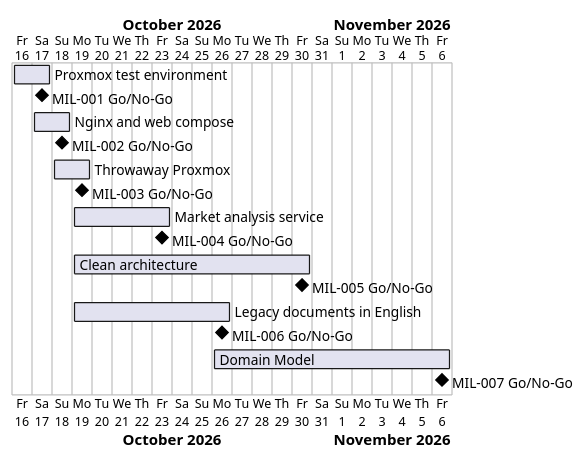
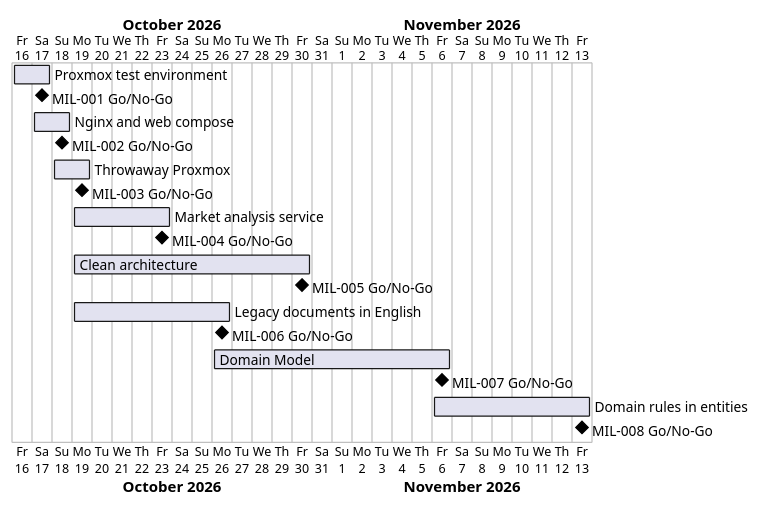
The diagram in docs/project-plan.md (NF-Hotel/NFHotel), drawn with PlantUML before and after one commit. The commit also changed other lines of this file and 6 other files, not shown here.

First line of the commit message:
Plan MIL-008: domain rules live with the data they guard

````diff
--- a/docs/project-plan.md
+++ b/docs/project-plan.md
@@ -43,19 +44,21 @@
 ```plantuml
 @startgantt
 Project starts 2026-10-16
 [Proxmox test environment] starts 2026-10-16 and ends 2026-10-17
 [MIL-001 Go/No-Go] happens 2026-10-17
 [Nginx and web compose] starts 2026-10-17 and ends 2026-10-18
 [MIL-002 Go/No-Go] happens 2026-10-18
 [Throwaway Proxmox] starts 2026-10-18 and ends 2026-10-19
 [MIL-003 Go/No-Go] happens 2026-10-19
 [Market analysis service] starts 2026-10-19 and ends 2026-10-23
 [MIL-004 Go/No-Go] happens 2026-10-23
 [Clean architecture] starts 2026-10-19 and ends 2026-10-30
 [MIL-005 Go/No-Go] happens 2026-10-30
 [Legacy documents in English] starts 2026-10-19 and ends 2026-10-26
 [MIL-006 Go/No-Go] happens 2026-10-26
 [Domain Model] starts 2026-10-26 and ends 2026-11-06
 [MIL-007 Go/No-Go] happens 2026-11-06
+[Domain rules in entities] starts 2026-11-06 and ends 2026-11-13
+[MIL-008 Go/No-Go] happens 2026-11-13
 @endgantt
 ```
````
